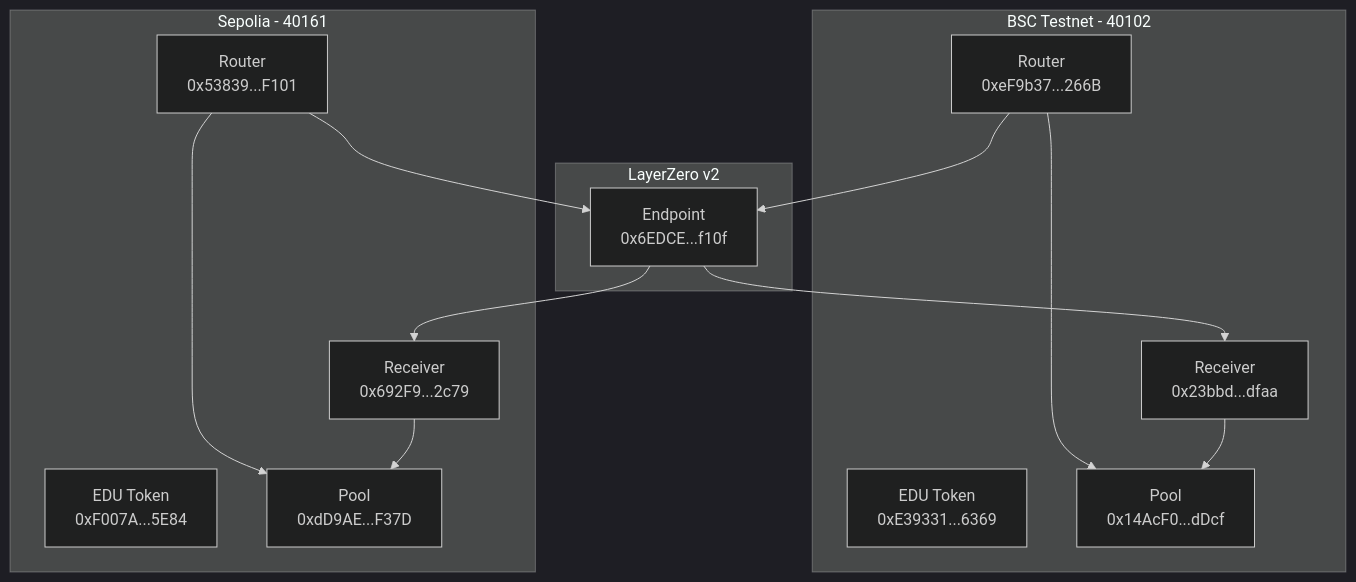
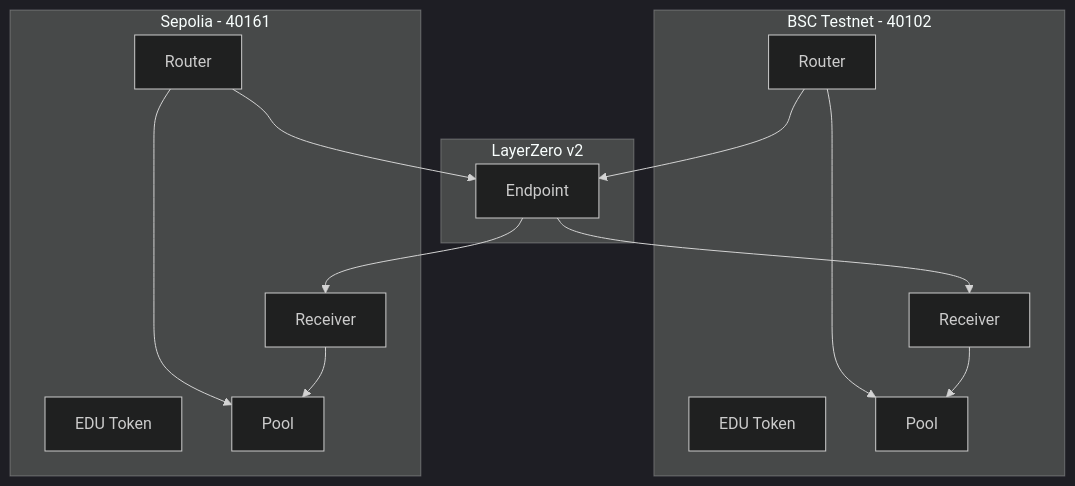
The diagram in README.md (RickYoon/Xchange), drawn with Mermaid (dark theme) before and after one commit. The commit also changed other lines of this file, not shown here.

````diff
--- a/README.md
+++ b/README.md
@@ -309,30 +154,30 @@
 ```mermaid
 graph TB
     subgraph BSC[BSC Testnet - 40102]
-        B_TOKEN[EDU Token<br/>0xE39331...6369]
-        B_POOL[Pool<br/>0x14AcF0...dDcf]
-        B_ROUTER[Router<br/>0xeF9b37...266B]
-        B_RECEIVER[Receiver<br/>0x23bbd...dfaa]
+        B_TOKEN[EDU Token]
+        B_POOL[Pool]
+        B_ROUTER[Router]
+        B_RECEIVER[Receiver]
     end
 
     subgraph SEP[Sepolia - 40161]
-        S_TOKEN[EDU Token<br/>0xF007A...5E84]
-        S_POOL[Pool<br/>0xdD9AE...F37D]
-        S_ROUTER[Router<br/>0x53839...F101]
-        S_RECEIVER[Receiver<br/>0x692F9...2c79]
+        S_TOKEN[EDU Token]
+        S_POOL[Pool]
+        S_ROUTER[Router]
+        S_RECEIVER[Receiver]
     end
 
     subgraph LZ[LayerZero v2]
-        ENDPOINT[Endpoint<br/>0x6EDCE...f10f]
+        ENDPOINT[Endpoint]
     end
 
     B_ROUTER --> B_POOL
     B_RECEIVER --> B_POOL
     S_ROUTER --> S_POOL
     S_RECEIVER --> S_POOL
 
     B_ROUTER --> ENDPOINT
     S_ROUTER --> ENDPOINT
     ENDPOINT --> B_RECEIVER
     ENDPOINT --> S_RECEIVER
 ```
````
